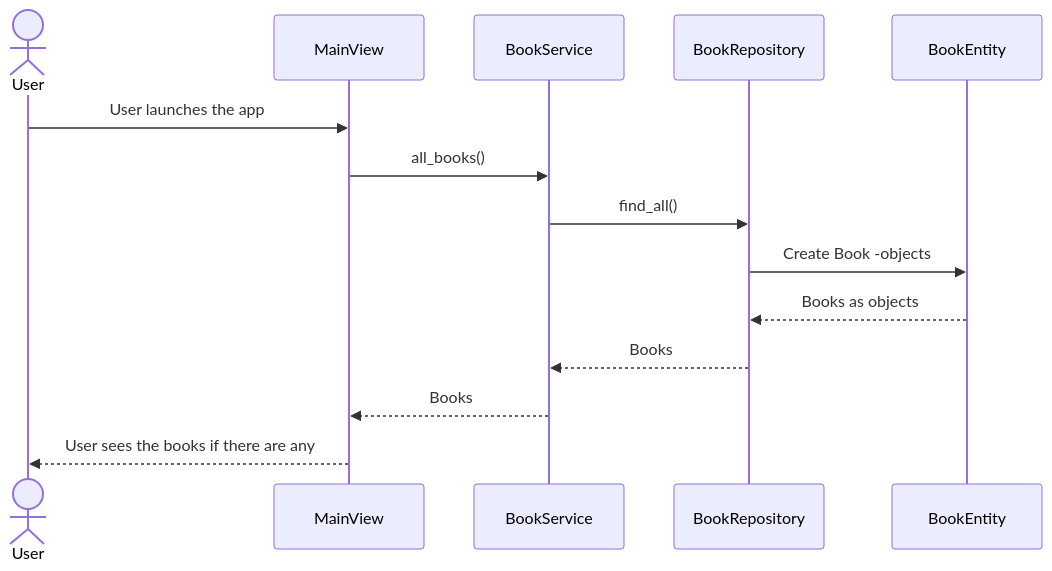
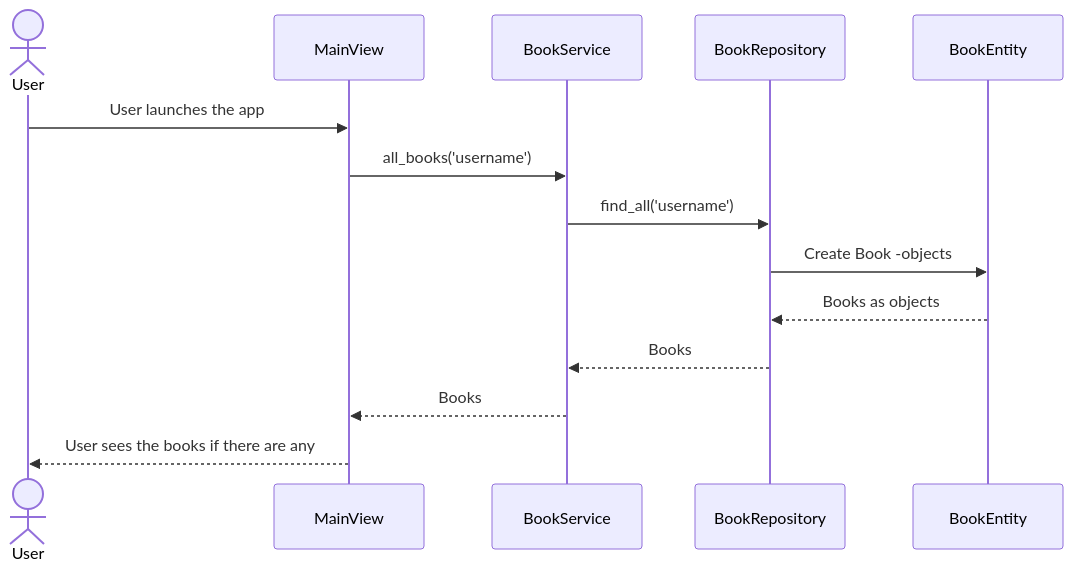
Before and after one commit to Iltsukka/ot-harjoitusty: the second of 5 diagrams in dokumentaatio/arkkitehtuuri.md, drawn with Mermaid. The commit also changed other lines of this file, not shown here.

````diff
--- a/dokumentaatio/arkkitehtuuri.md
+++ b/dokumentaatio/arkkitehtuuri.md
@@ -27,12 +32,12 @@
 ```mermaid
 sequenceDiagram
     Actor User
     User->>MainView: User launches the app
-    MainView->>BookService: all_books()
-    BookService->>BookRepository: find_all()
+    MainView->>BookService: all_books('username')
+    BookService->>BookRepository: find_all('username')
     BookRepository->>BookEntity: Create Book -objects
     BookEntity-->>BookRepository: Books as objects
     BookRepository-->> BookService: Books
     BookService-->>MainView: Books
     MainView-->>User: User sees the books if there are any
 ```
````
